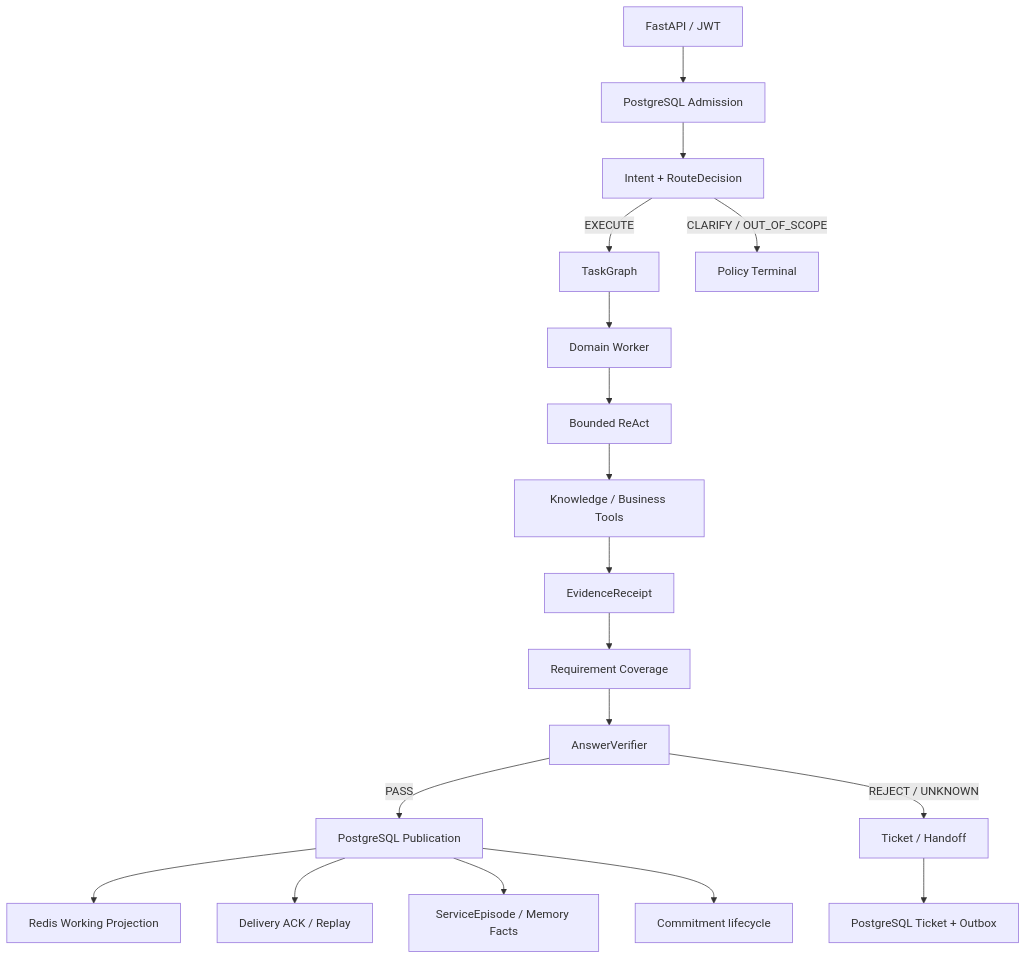
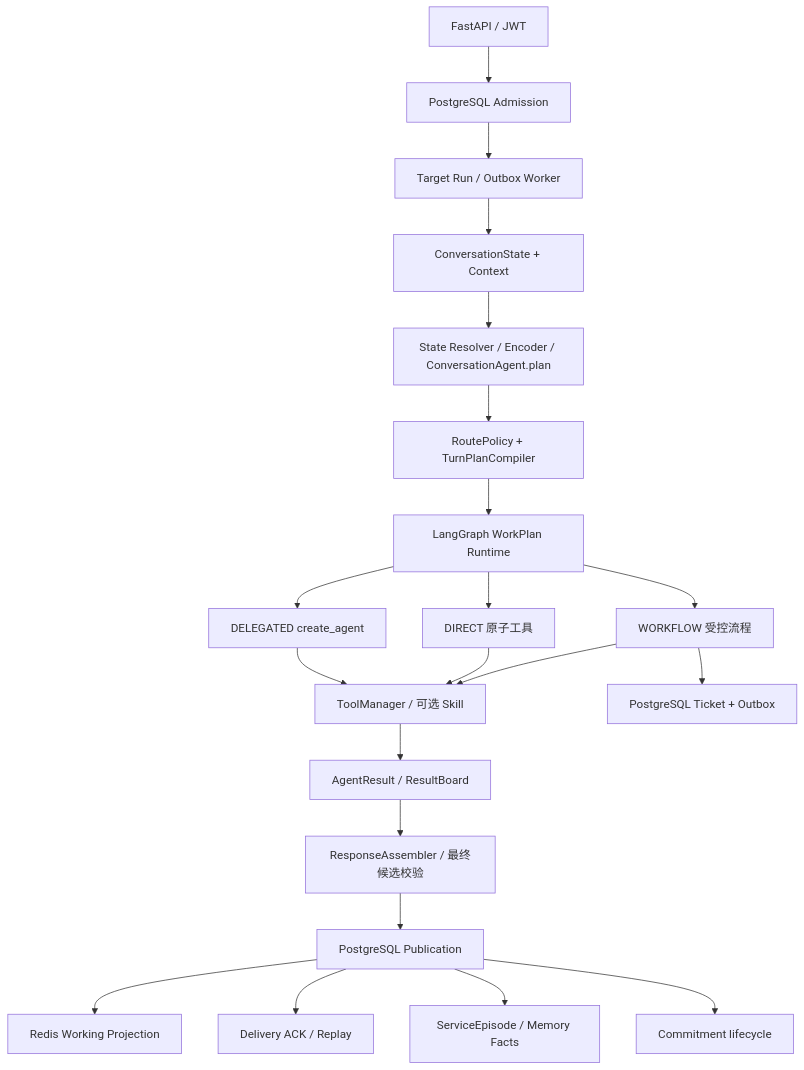
The first of 2 diagrams in docs/architecture.md (Garrulus21yyx/DialogPilot), drawn with Mermaid before and after one commit. The commit also changed other lines of this file and 3 other files, not shown here.

Commit message:
docs: align current architecture with the unified Target runtime

````diff
--- a/docs/architecture.md
+++ b/docs/architecture.md
@@ -23,20 +23,23 @@
 ```mermaid
 flowchart TB
     HTTP[FastAPI / JWT] --> ADMIT[PostgreSQL Admission]
-    ADMIT --> ROUTE[Intent + RouteDecision]
-    ROUTE -->|EXECUTE| GRAPH[TaskGraph]
-    ROUTE -->|CLARIFY / OUT_OF_SCOPE| TERMINAL[Policy Terminal]
-    GRAPH --> WORKER[Domain Worker]
-    WORKER --> REACT[Bounded ReAct]
-    REACT --> TOOLS[Knowledge / Business Tools]
-    TOOLS --> EVIDENCE[EvidenceReceipt]
-    EVIDENCE --> COVERAGE[Requirement Coverage]
-    COVERAGE --> VERIFY[AnswerVerifier]
-    VERIFY -->|PASS| PUB[PostgreSQL Publication]
-    VERIFY -->|REJECT / UNKNOWN| HANDOFF[Ticket / Handoff]
+    ADMIT --> RUN[Target Run / Outbox Worker]
+    RUN --> STATE[ConversationState + Context]
+    STATE --> ROUTE[State Resolver / Encoder / ConversationAgent.plan]
+    ROUTE --> POLICY[RoutePolicy + TurnPlanCompiler]
+    POLICY --> GRAPH[LangGraph WorkPlan Runtime]
+    GRAPH --> DIRECT[DIRECT 原子工具]
+    GRAPH --> WORKER[DELEGATED create_agent]
+    GRAPH --> FLOW[WORKFLOW 受控流程]
+    WORKER --> TOOLS[ToolManager / 可选 Skill]
+    DIRECT --> TOOLS
+    FLOW --> TOOLS
+    TOOLS --> BOARD[AgentResult / ResultBoard]
+    BOARD --> VERIFY[ResponseAssembler / 最终候选校验]
+    VERIFY --> PUB[PostgreSQL Publication]
     PUB --> REDIS[Redis Working Projection]
     PUB --> ACK[Delivery ACK / Replay]
     PUB --> EPISODE[ServiceEpisode / Memory Facts]
-    HANDOFF --> TICKET[PostgreSQL Ticket + Outbox]
+    FLOW --> TICKET[PostgreSQL Ticket + Outbox]
     PUB --> COMMIT[Commitment lifecycle]
 ```
````
